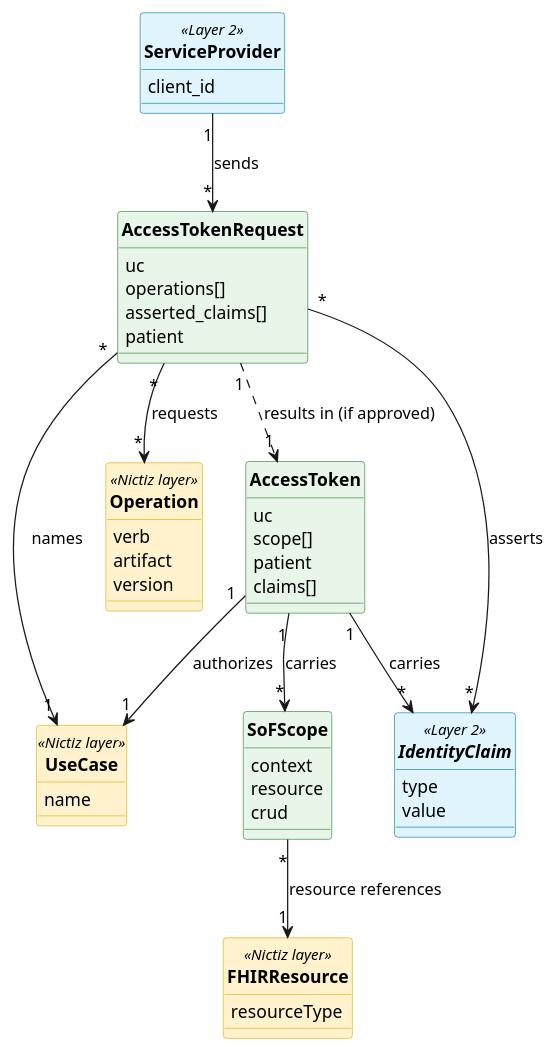
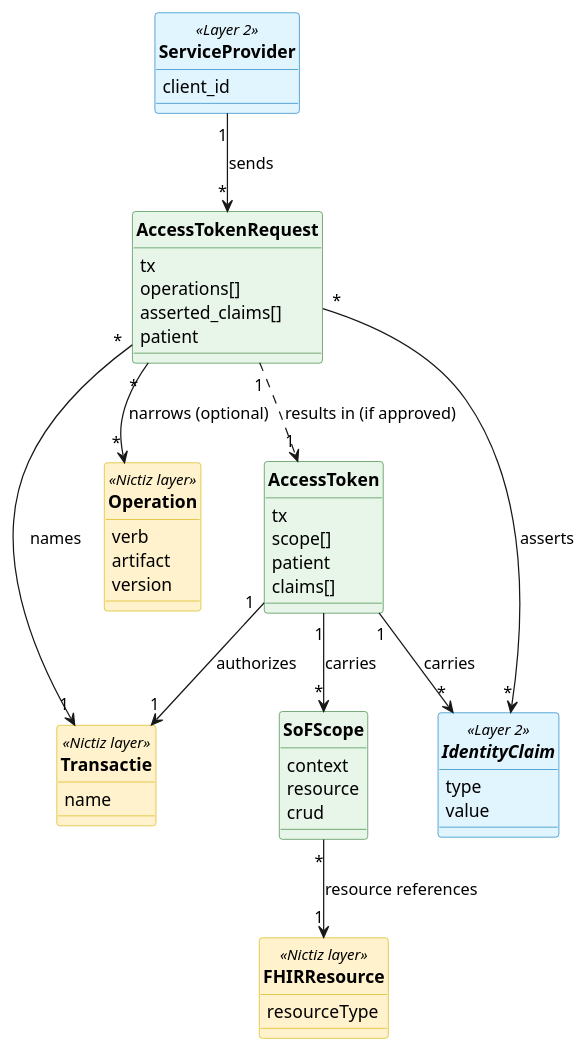
One commit to nuts-foundation/nl-generic-functions-ig changed the diagram in input/images-source/authorization-model-layer3.plantuml. Above: the diagram before and after it, drawn with PlantUML. The commit also changed 5 other files, not shown here.

```diff
--- a/input/images-source/authorization-model-layer3.plantuml
+++ b/input/images-source/authorization-model-layer3.plantuml
@@ -5,67 +5,67 @@
 @startuml authorization-model-layer3
 
 skinparam defaultFontName Arial
 skinparam backgroundColor white
 skinparam roundcorner 5
 skinparam classFontStyle bold
 skinparam classBackgroundColor #E8F5E9
 skinparam classBorderColor #2E7D32
 hide circle
 
 ' Layer 1 (Nictiz) entities referenced from this diagram (yellow)
-class UseCase <<Nictiz layer>> #FFF2CC ##D6B000 {
+class Transactie <<Nictiz layer>> #FFF2CC ##D6B000 {
   name
 }
 class Operation <<Nictiz layer>> #FFF2CC ##D6B000 {
   verb
   artifact
   version
 }
 class FHIRResource <<Nictiz layer>> #FFF2CC ##D6B000 {
   resourceType
 }
 
 ' Layer 2 entities referenced from this diagram (blue)
 abstract class IdentityClaim <<Layer 2>> #E1F5FE ##0277BD {
   type
   value
 }
 class ServiceProvider <<Layer 2>> #E1F5FE ##0277BD {
   client_id
 }
 
 ' Layer 3: OAuth wire artefacts
 class AccessTokenRequest {
-  uc
+  tx
   operations[]
   asserted_claims[]
   patient
 }
 
 class AccessToken {
-  uc
+  tx
   scope[]
   patient
   claims[]
 }
 
 class SoFScope {
   context
   resource
   crud
 }
 
 ' AT request: what the ServiceProvider sends to the AS
 ServiceProvider "1" --> "*" AccessTokenRequest : sends
-AccessTokenRequest "*" --> "1" UseCase : names
-AccessTokenRequest "*" --> "*" Operation : requests
+AccessTokenRequest "*" --> "1" Transactie : names
+AccessTokenRequest "*" --> "*" Operation : narrows (optional)
 AccessTokenRequest "*" --> "*" IdentityClaim : asserts
 
 ' AT issued: what the AS returns on success
 AccessTokenRequest "1" ..> "1" AccessToken : results in (if approved)
-AccessToken "1" --> "1" UseCase : authorizes
+AccessToken "1" --> "1" Transactie : authorizes
 AccessToken "1" --> "*" IdentityClaim : carries
 AccessToken "1" --> "*" SoFScope : carries
 SoFScope "*" --> "1" FHIRResource : resource references
 
 @enduml
```
